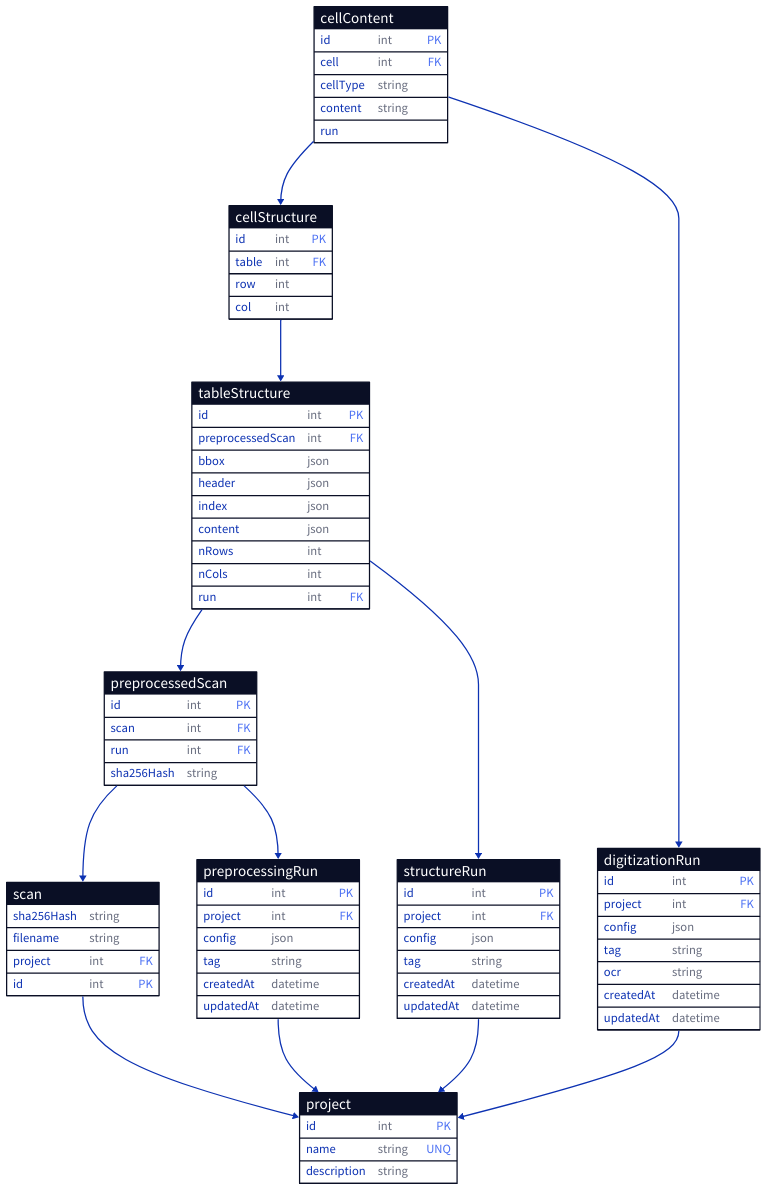
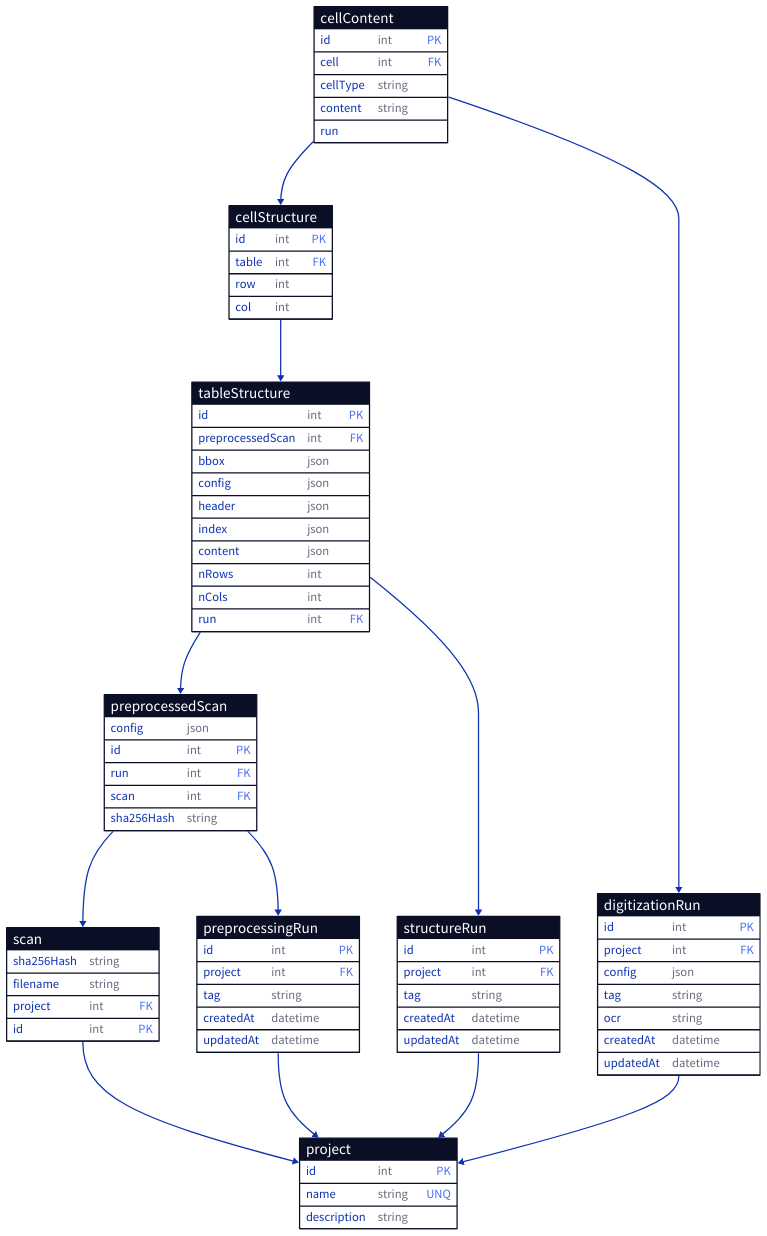
The diagram in src/nivo_reader/models/data_model.d2 (dnstudent/nivo-reader), drawn with D2 before and after one commit. The commit also changed other lines of this file and 3 other files, not shown here.

```diff
--- a/src/nivo_reader/models/data_model.d2
+++ b/src/nivo_reader/models/data_model.d2
@@ -1,101 +1,101 @@
 project: {
   shape: sql_table
   id: int {constraint: [primary_key]}
   name: string {constraint: [unique]}
   description: string
 }
 
 scan: {
   shape: sql_table
   sha256Hash: string
   filename: string
   project: int {constraint: [foreign_key]}
   id: int {constraint: primary_key}
   constraint: [unique(project, filename)]
 }
 
 preprocessingRun: {
   shape: sql_table
   id: int {constraint: [primary_key]}
   project: int {constraint: [foreign_key]}
-  config: json
   tag: string
   createdAt: datetime
   updatedAt: datetime
   constraint: [unique(project, tag)]
 }
 
 preprocessedScan: {
   shape: sql_table
+  config: json
   id: int {constraint: primary_key}
+  run: int {constraint: [foreign_key]}
   scan: int {constraint: [foreign_key]}
-  run: int {constraint: [foreign_key]}
   sha256Hash: string
   constraint: [unique(scan, run)]
 }
 
 structureRun: {
   shape: sql_table
   id: int {constraint: [primary_key]}
   project: int {constraint: [foreign_key]}
-  config: json
   tag: string
   createdAt: datetime
   updatedAt: datetime
   constraint: [unique(project, tag)]
 }
 
 
 tableStructure: {
   shape: sql_table
   id: int {constraint: [primary_key]}
   preprocessedScan: int {constraint: [foreign_key]}
   bbox: json
+  config: json
   header: json
   index: json
   content: json
   nRows: int
   nCols: int
   run: int {constraint: [foreign_key]}
 }
 
 cellStructure: {
   shape: sql_table
   id: int {constraint: [primary_key]}
   table: int {constraint: [foreign_key]}
   row: int
   col: int
   constraint: [unique(table, row, col)]
 }
 
 digitizationRun: {
   shape: sql_table
   id: int {constraint: [primary_key]}
   project: int {constraint: [foreign_key]}
   config: json
   tag: string
   ocr: string
   createdAt: datetime
   updatedAt: datetime
   constraint: [unique(project, tag)]
 }
 
 cellContent: {
   shape: sql_table
   id: int {constraint: [primary_key]}
   cell: int {constraint: [foreign_key]}
   cellType: string
   content: string
 }
 
 preprocessedScan.scan -> scan.id
 scan.project -> project.id
 tableStructure.preprocessedScan -> preprocessedScan.id
 cellStructure.table -> tableStructure.id
 cellContent.cell -> cellStructure.id
 tableStructure.run -> structureRun.id
 cellContent.run -> digitizationRun.id
 preprocessedScan.run -> preprocessingRun.id
 preprocessingRun.project -> project.id
 structureRun.project -> project.id
 digitizationRun.project -> project.id
```
